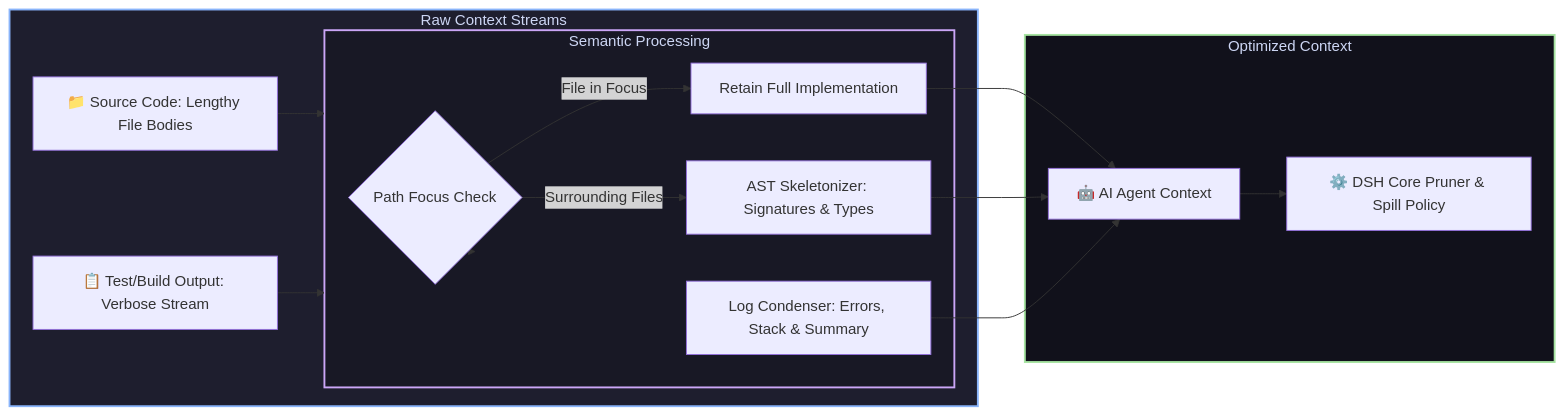
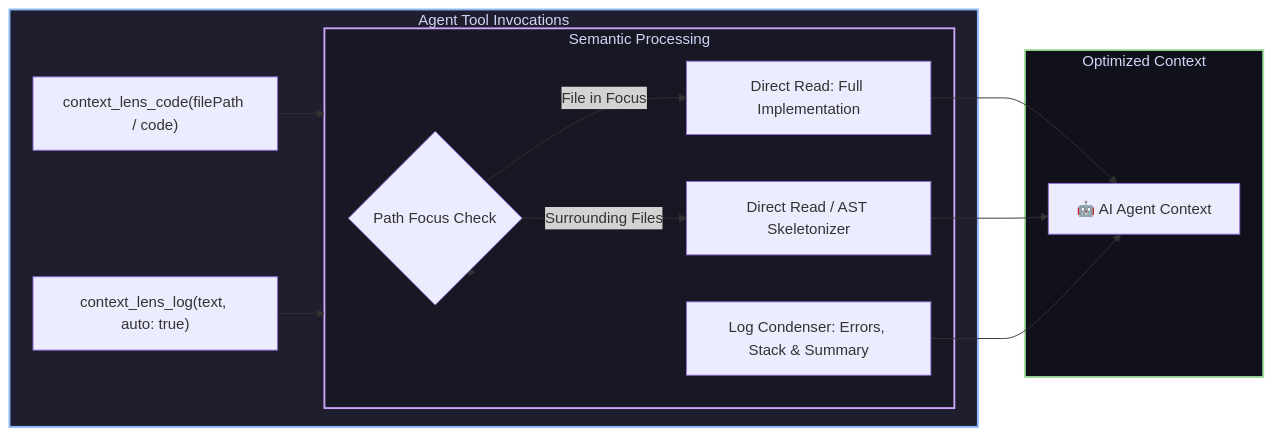
The diagram in README.md (GooDAnDReaDY/dsh-context-lens), drawn with Mermaid before and after one commit. The commit also changed other lines of this file and 6 other files, not shown here.

````diff
--- a/README.md
+++ b/README.md
@@ -48,25 +48,24 @@
 ```mermaid
 graph LR
-    subgraph RawContext [Raw Context Streams]
-        Code[📁 Source Code: Lengthy File Bodies] --> Lens[dsh-context-lens Semantic Engine]
-        Logs[📋 Test/Build Output: Verbose Stream] --> Lens
+    subgraph AgentInvocation [Agent Tool Invocations]
+        CodeTool["context_lens_code(filePath / code)"] --> Lens[dsh-context-lens Semantic Engine]
+        LogTool["context_lens_log(text, auto: true)"] --> Lens
     end
 
     subgraph Lens [Semantic Processing]
         Lens --> Focus{Path Focus Check}
-        Focus -->|File in Focus| FullCode[Retain Full Implementation]
-        Focus -->|Surrounding Files| AST[AST Skeletonizer: Signatures & Types]
+        Focus -->|File in Focus| FullCode[Direct Read: Full Implementation]
+        Focus -->|Surrounding Files| AST[Direct Read / AST Skeletonizer]
         Lens --> LogCompress[Log Condenser: Errors, Stack & Summary]
     end
 
     subgraph Output [Optimized Context]
         FullCode --> Agent[🤖 AI Agent Context]
         AST --> Agent
         LogCompress --> Agent
-        Agent --> Core[⚙️ DSH Core Pruner & Spill Policy]
     end
 
-    style RawContext fill:#1e1e2e,stroke:#89b4fa,stroke-width:2px,color:#cdd6f4
+    style AgentInvocation fill:#1e1e2e,stroke:#89b4fa,stroke-width:2px,color:#cdd6f4
     style Lens fill:#181825,stroke:#cba6f7,stroke-width:2px,color:#cdd6f4
     style Output fill:#11111b,stroke:#a6e3a1,stroke-width:2px,color:#cdd6f4
 ```
````
